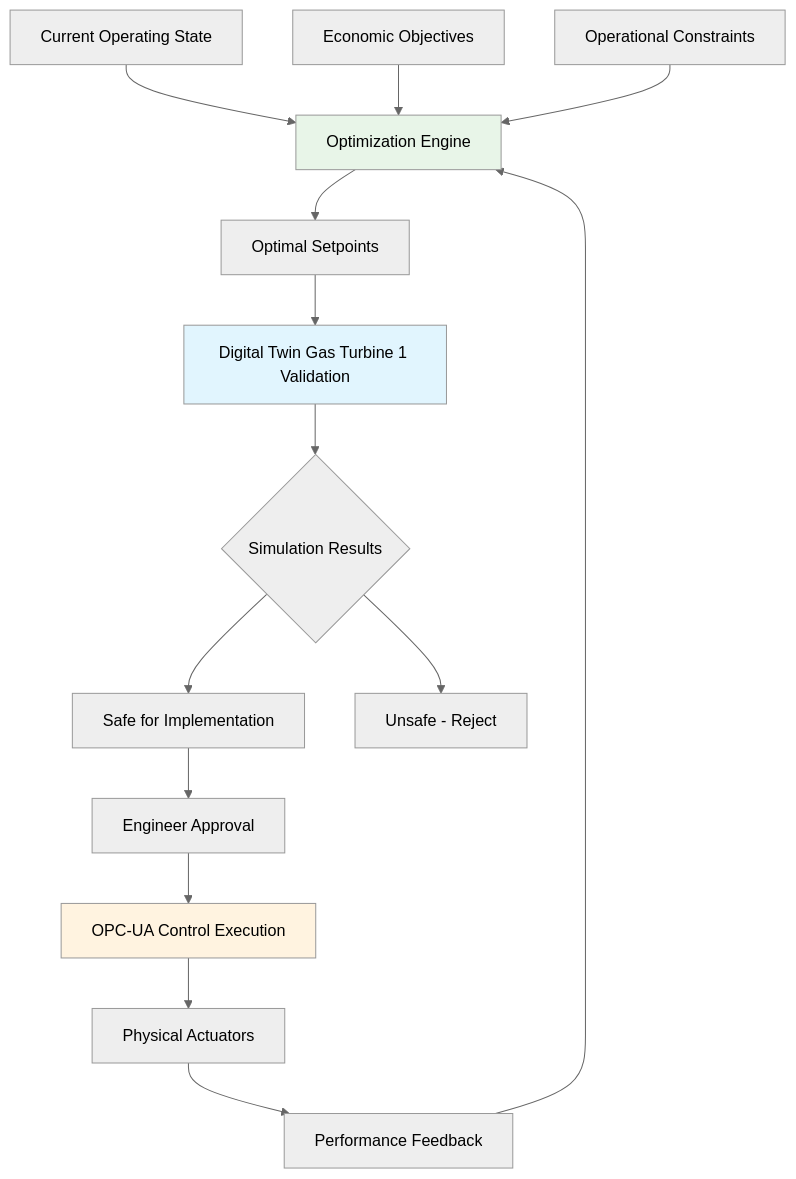
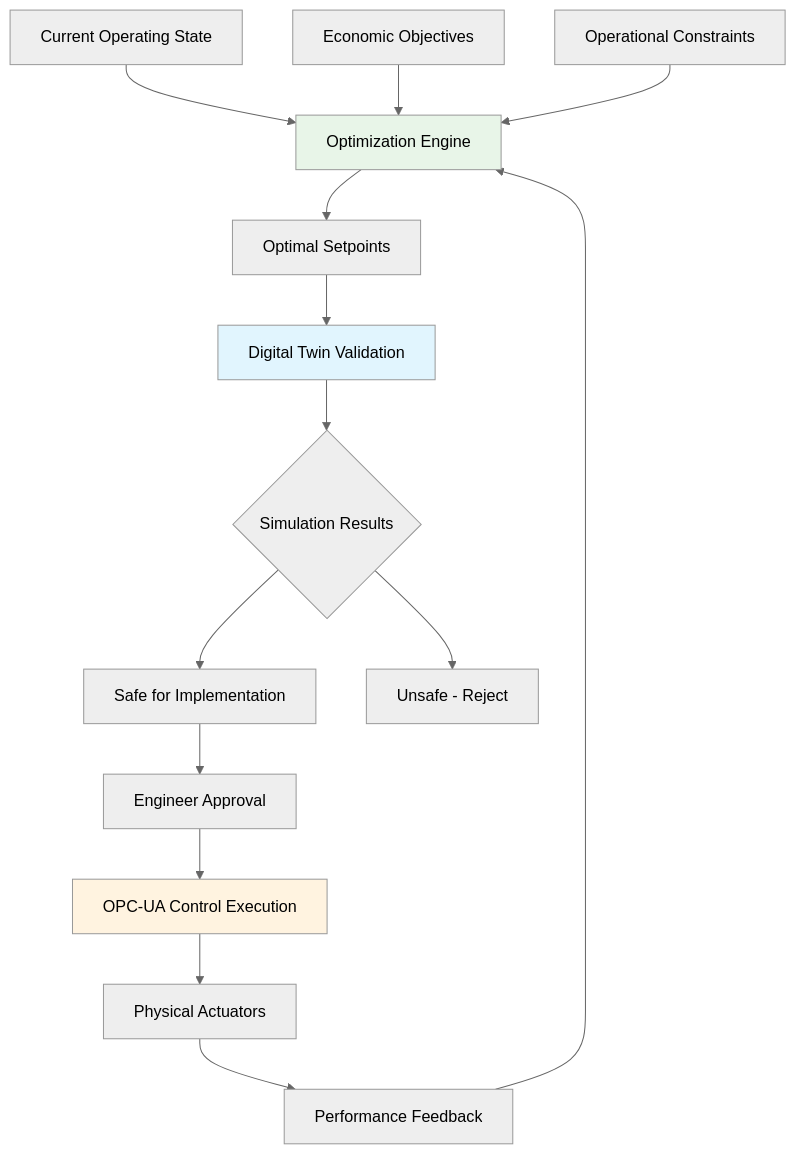
The fifth of 11 diagrams in README.md (FARIDDD123/Compressor-Dashboard), drawn with Mermaid (neutral theme) before and after one commit. The commit also changed other lines of this file and 30 other files, not shown here.

````diff
--- a/README.md
+++ b/README.md
@@ -267,24 +267,24 @@
 ```mermaid
 graph TB
     A[Current Operating State] --> B[Optimization Engine]
     C[Economic Objectives] --> B
     D[Operational Constraints] --> B
     
     B --> E[Optimal Setpoints]
-    E --> F[Digital Twin Gas Turbine 1 Validation]
+    E --> F[Digital Twin Validation]
     
     F --> G{Simulation Results}
     G --> H[Safe for Implementation]
     G --> I[Unsafe - Reject]
     
     H --> J[Engineer Approval]
     J --> K[OPC-UA Control Execution]
     
     K --> L[Physical Actuators]
     L --> M[Performance Feedback]
     M --> B
     
     style F fill:#e1f5fe
     style B fill:#e8f5e8
     style K fill:#fff3e0
 ```
````
